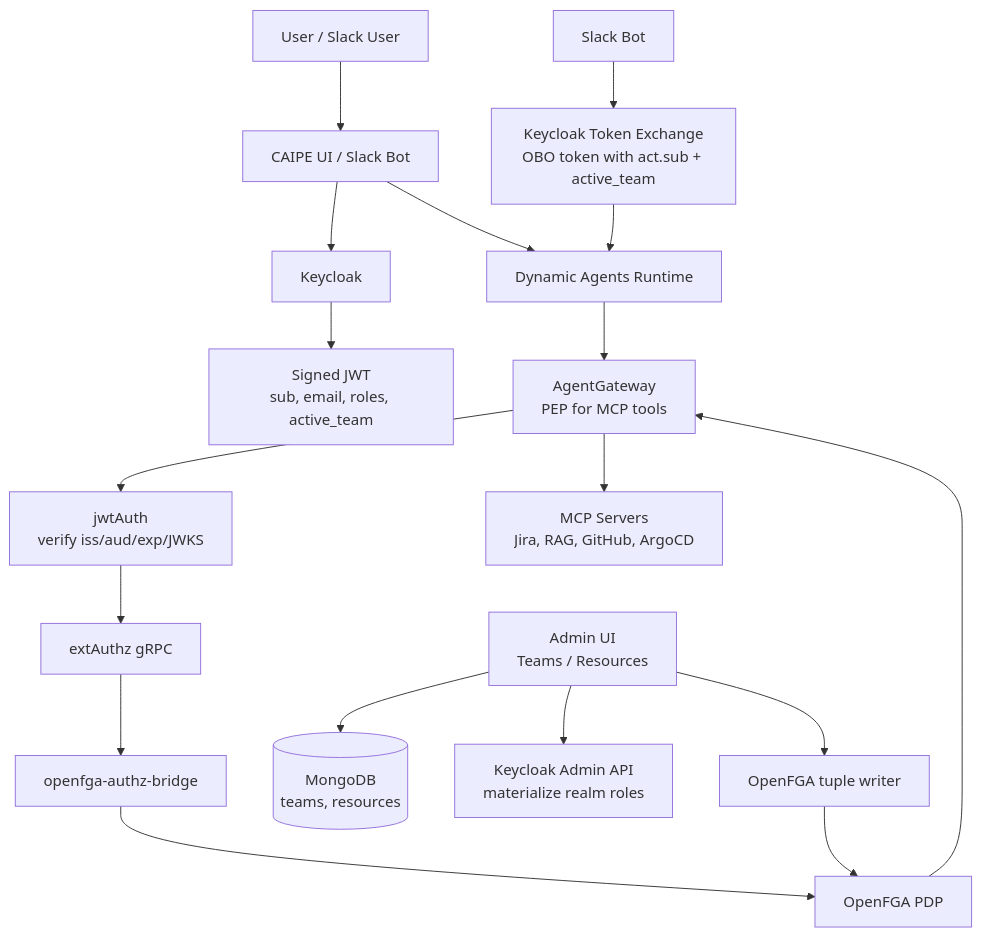
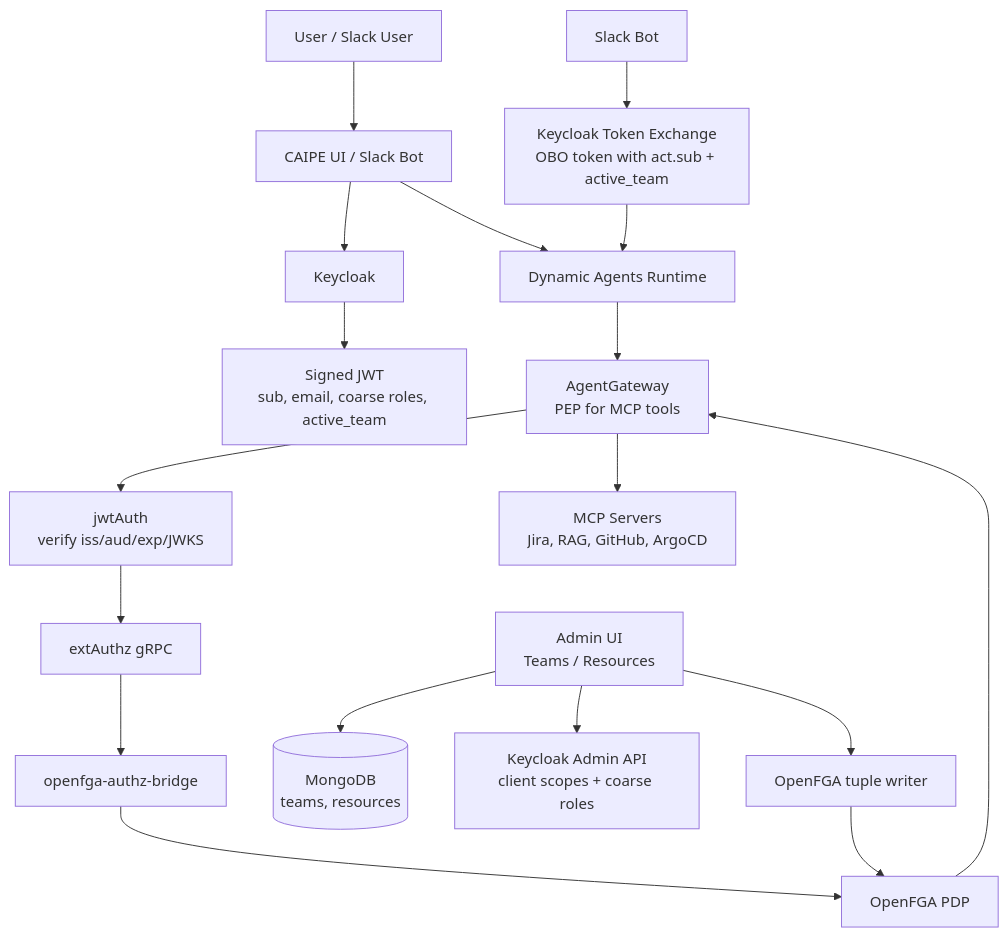
Before and after one commit to cnoe-io/ai-platform-engineering: the first of 4 diagrams in docs/docs/security/rbac/comprehensive-rbac-refactor.md, drawn with Mermaid. The commit also changed other lines of this file and 98 other files, not shown here.

````diff
--- a/docs/docs/security/rbac/comprehensive-rbac-refactor.md
+++ b/docs/docs/security/rbac/comprehensive-rbac-refactor.md
@@ -28,26 +28,26 @@
 ```mermaid
 flowchart TD
   User[User / Slack User] --> UI[CAIPE UI / Slack Bot]
 
   UI --> KC[Keycloak]
-  KC --> JWT[Signed JWT<br/>sub, email, roles, active_team]
+  KC --> JWT[Signed JWT<br/>sub, email, coarse roles, active_team]
 
   UI --> DA[Dynamic Agents Runtime]
   Slack[Slack Bot] --> OBO[Keycloak Token Exchange<br/>OBO token with act.sub + active_team]
   OBO --> DA
 
   DA --> AGW[AgentGateway<br/>PEP for MCP tools]
 
   AGW --> JWTAuth[jwtAuth<br/>verify iss/aud/exp/JWKS]
   JWTAuth --> ExtAuthz[extAuthz gRPC]
   ExtAuthz --> Bridge[openfga-authz-bridge]
   Bridge --> FGA[OpenFGA PDP]
 
   FGA --> AGW
   AGW --> MCP[MCP Servers<br/>Jira, RAG, GitHub, ArgoCD]
 
   Admin[Admin UI<br/>Teams / Resources] --> Mongo[(MongoDB<br/>teams, resources)]
-  Admin --> KCRoles[Keycloak Admin API<br/>materialize realm roles]
+  Admin --> KCScopes[Keycloak Admin API<br/>client scopes + coarse roles]
   Admin --> FGATuples[OpenFGA tuple writer]
   FGATuples --> FGA
 ```
````
